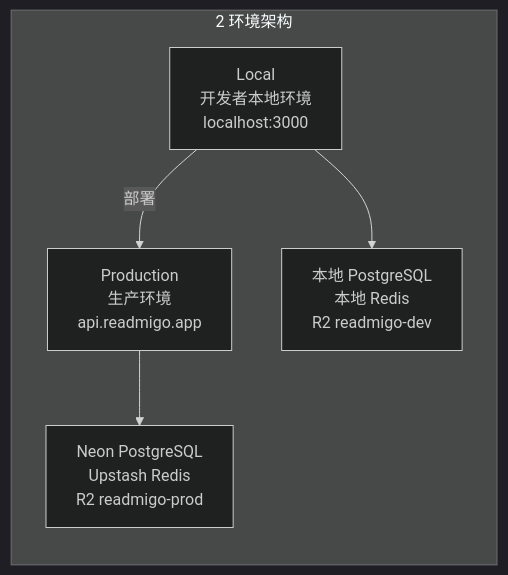
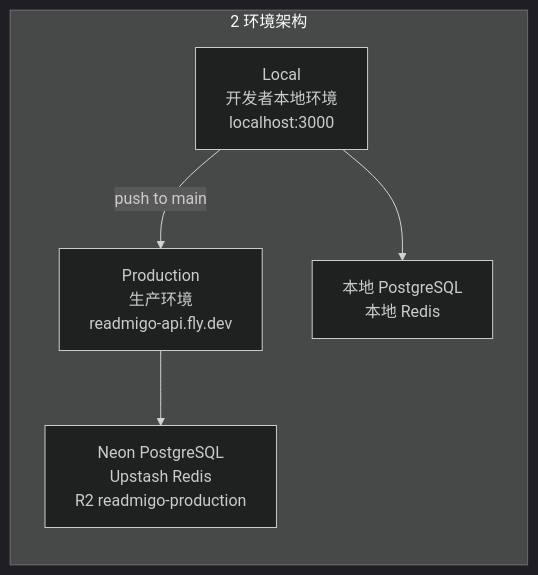
One commit to readmigo/docs changed the first of 2 diagrams in 05-operations/deployment/environments.md. Above: the diagram before and after it, drawn with Mermaid (dark theme). The commit also changed other lines of this file and 172 other files, not shown here.

````diff
--- a/05-operations/deployment/environments.md
+++ b/05-operations/deployment/environments.md
@@ -18,8 +18,8 @@
 ```mermaid
 graph LR
     subgraph arch["2 环境架构"]
-        A["Local<br>开发者本地环境<br>localhost:3000"] -->|部署| B["Production<br>生产环境<br>api.readmigo.app"]
-        A --> C["本地 PostgreSQL<br>本地 Redis<br>R2 readmigo-dev"]
-        B --> D["Neon PostgreSQL<br>Upstash Redis<br>R2 readmigo-prod"]
+        A["Local<br>开发者本地环境<br>localhost:3000"] -->|push to main| B["Production<br>生产环境<br>readmigo-api.fly.dev"]
+        A --> C["本地 PostgreSQL<br>本地 Redis"]
+        B --> D["Neon PostgreSQL<br>Upstash Redis<br>R2 readmigo-production"]
     end
 ```
````
